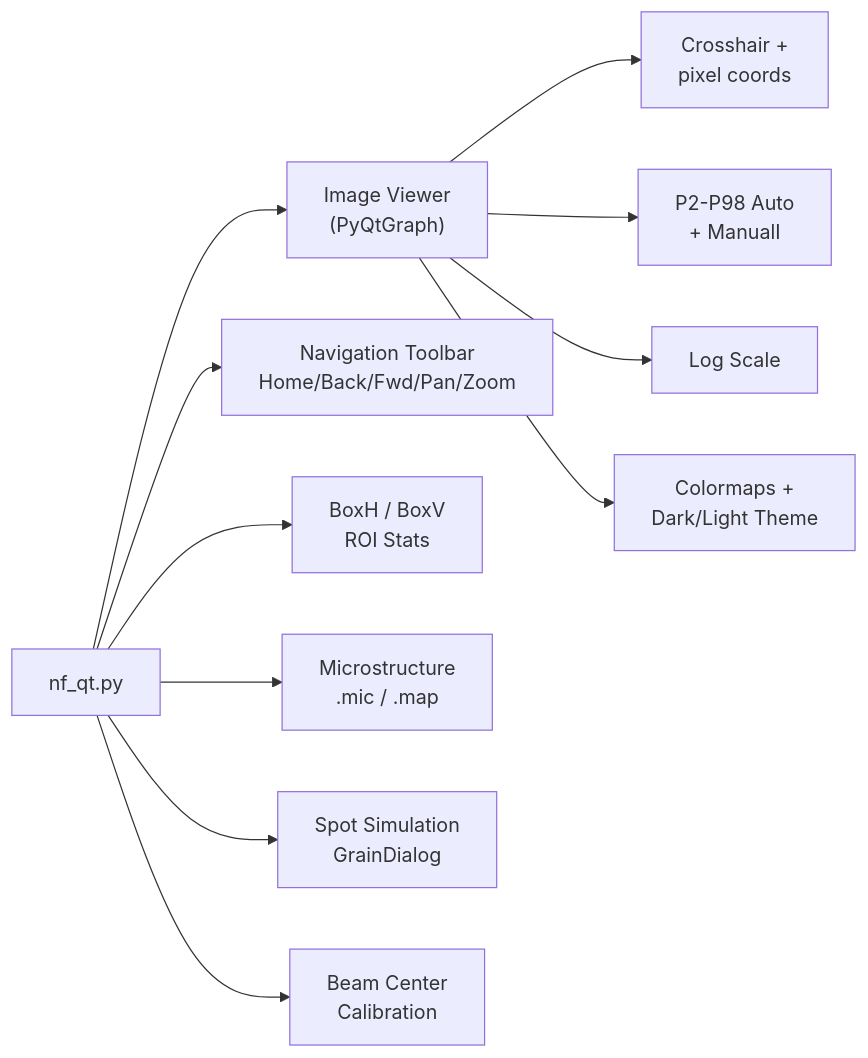
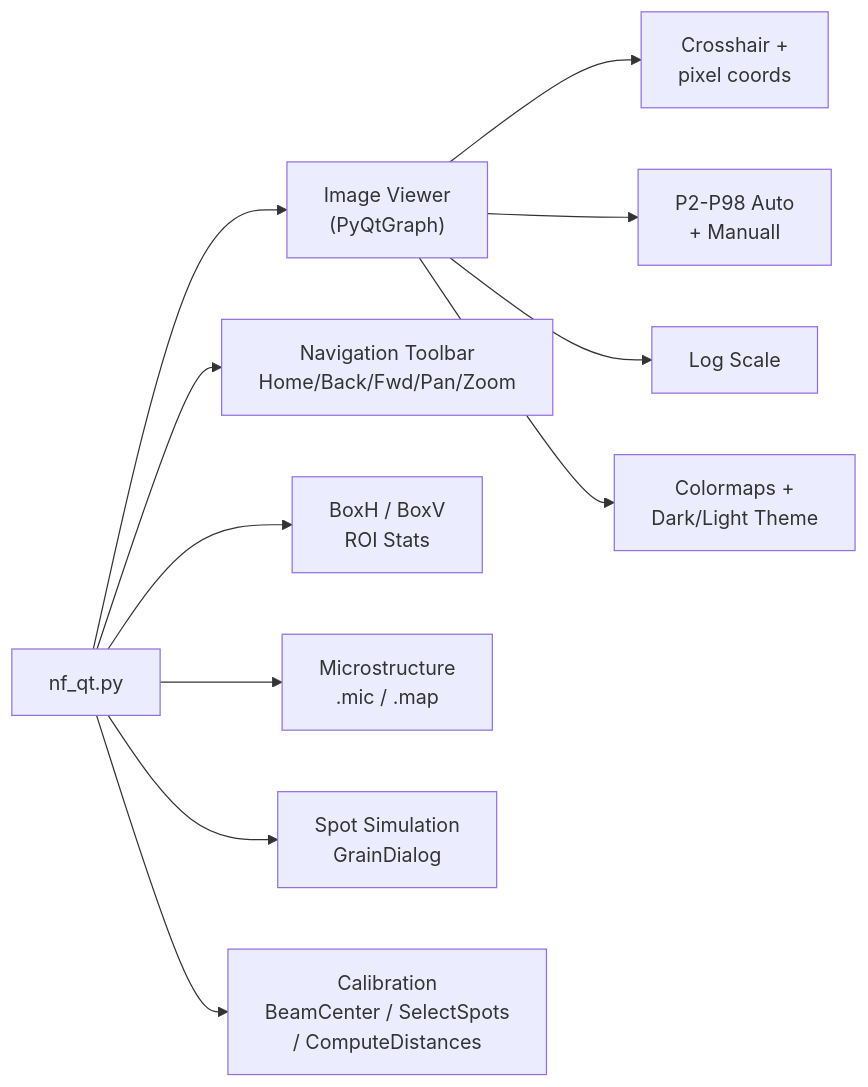
The diagram in manuals/NF_GUI.md (marinerhemant/MIDAS), drawn with Mermaid before and after one commit. The commit also changed other lines of this file and 7 other files, not shown here.

````diff
--- a/manuals/NF_GUI.md
+++ b/manuals/NF_GUI.md
@@ -25,15 +23,15 @@
 ```mermaid
 graph LR
     NF["nf_qt.py"]
     NF --> Viz["Image Viewer<br/>(PyQtGraph)"]
     NF --> Nav["Navigation Toolbar<br/>Home/Back/Fwd/Pan/Zoom"]
     NF --> ROI["BoxH / BoxV<br/>ROI Stats"]
     NF --> Mic["Microstructure<br/>.mic / .map"]
     NF --> Sim["Spot Simulation<br/>GrainDialog"]
-    NF --> Cal["Beam Center<br/>Calibration"]
+    NF --> Cal["Calibration<br/>BeamCenter / SelectSpots<br/>/ ComputeDistances"]
     
     Viz --> Cross["Crosshair +<br/>pixel coords"]
     Viz --> Levels["P2-P98 Auto<br/>+ ManualI"]
     Viz --> Log["Log Scale"]
     Viz --> CM["Colormaps +<br/>Dark/Light Theme"]
 ```
````
